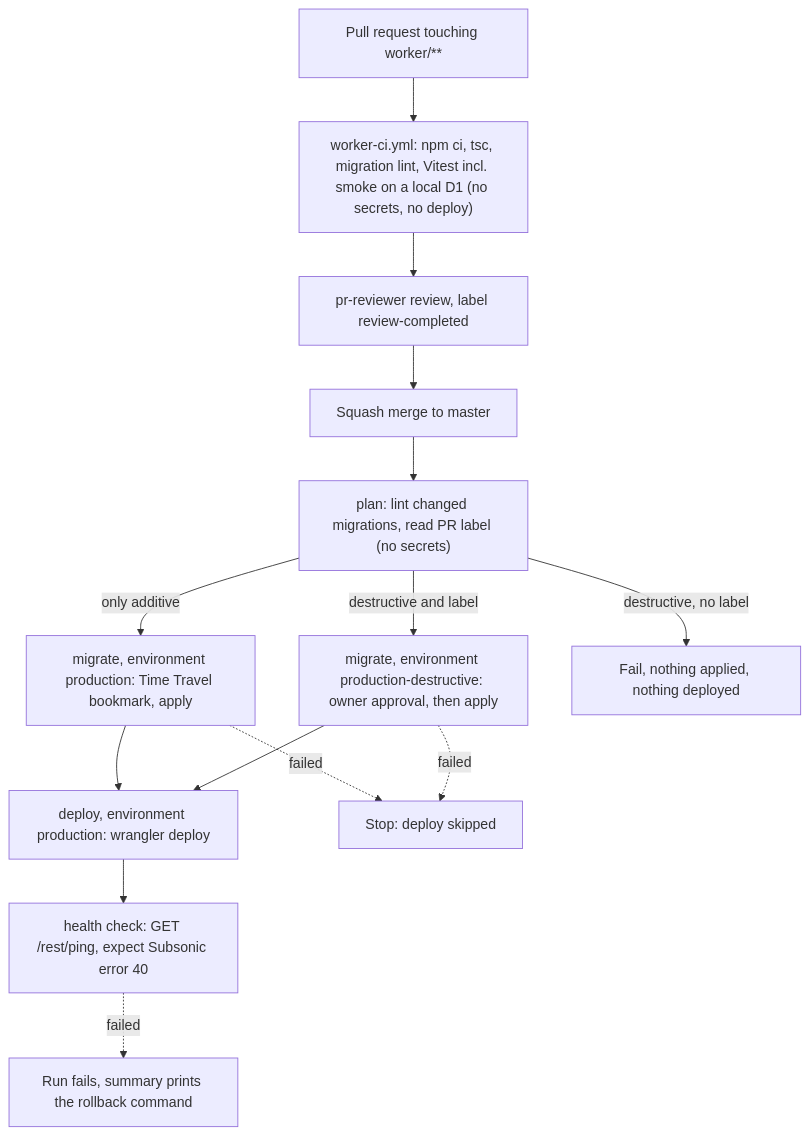
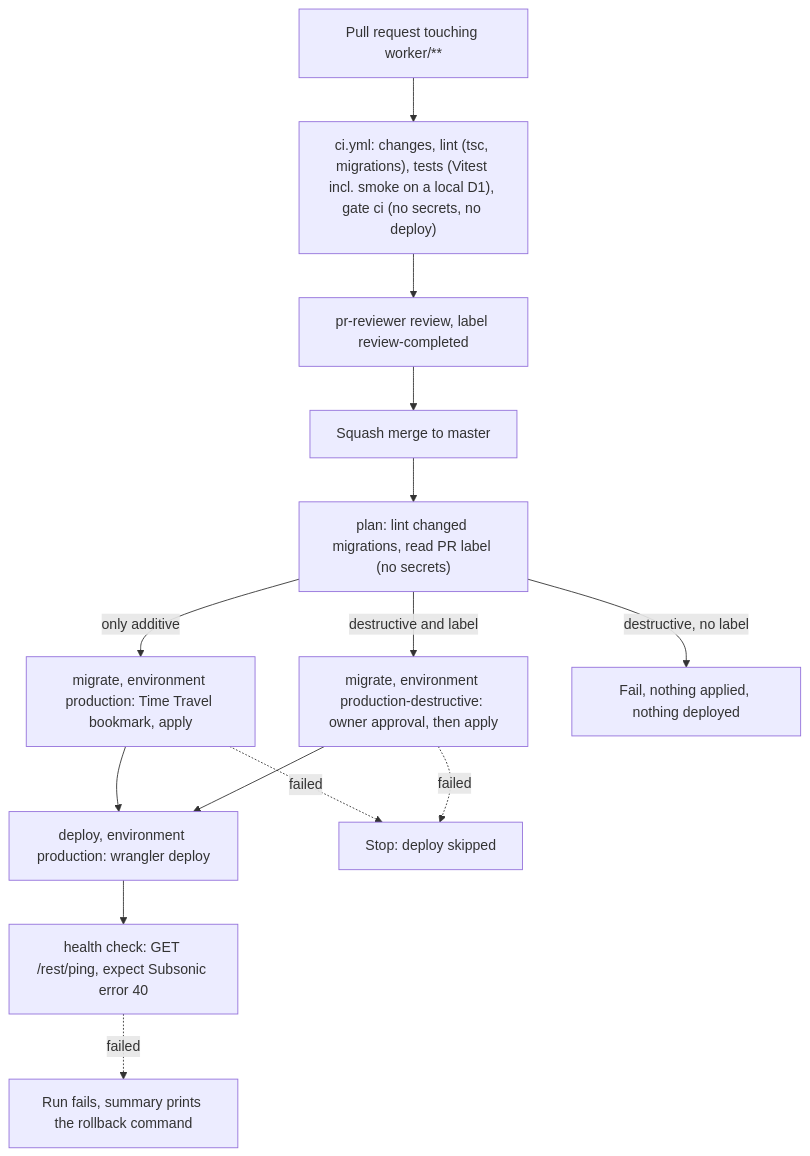
The diagram in docs/worker-cicd.md (kolenkainc/cowlic), drawn with Mermaid before and after one commit. The commit also changed other lines of this file and 8 other files, not shown here.

First line of the commit message:
ci: merge version and worker-ci into one ci.yml with a gate job (#303)

````diff
--- a/docs/worker-cicd.md
+++ b/docs/worker-cicd.md
@@ -24,16 +24,16 @@
 ```mermaid
 flowchart TD
-  PR[Pull request touching worker/**] --> CI["worker-ci.yml: npm ci, tsc, migration lint, Vitest incl. smoke on a local D1 (no secrets, no deploy)"]
+  PR[Pull request touching worker/**] --> CI["ci.yml: changes, lint (tsc, migrations), tests (Vitest incl. smoke on a local D1), gate ci (no secrets, no deploy)"]
   CI --> REV[pr-reviewer review, label review-completed]
   REV --> MERGE[Squash merge to master]
   MERGE --> PLAN["plan: lint changed migrations, read PR label (no secrets)"]
   PLAN -->|only additive| MIG["migrate, environment production: Time Travel bookmark, apply"]
   PLAN -->|destructive and label| MIGD["migrate, environment production-destructive: owner approval, then apply"]
   PLAN -->|destructive, no label| FAIL1[Fail, nothing applied, nothing deployed]
   MIG --> DEP["deploy, environment production: wrangler deploy"]
   MIGD --> DEP
   MIG -. failed .-> STOP[Stop: deploy skipped]
   MIGD -. failed .-> STOP
   DEP --> HC["health check: GET /rest/ping, expect Subsonic error 40"]
   HC -. failed .-> RB[Run fails, summary prints the rollback command]
 ```
````
